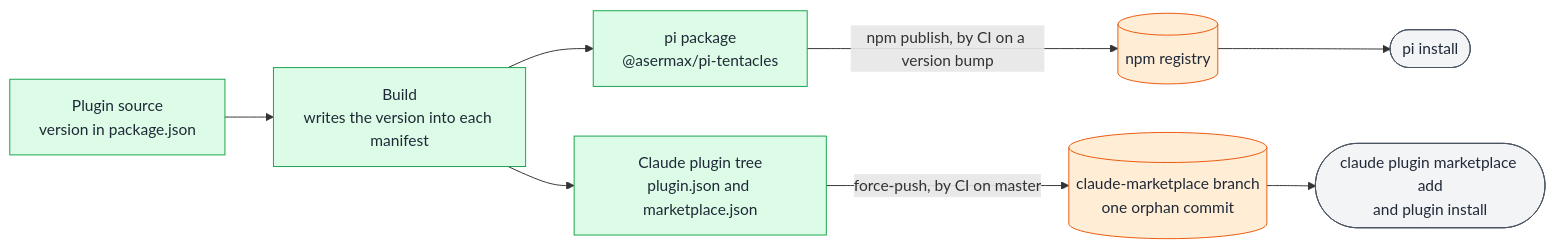
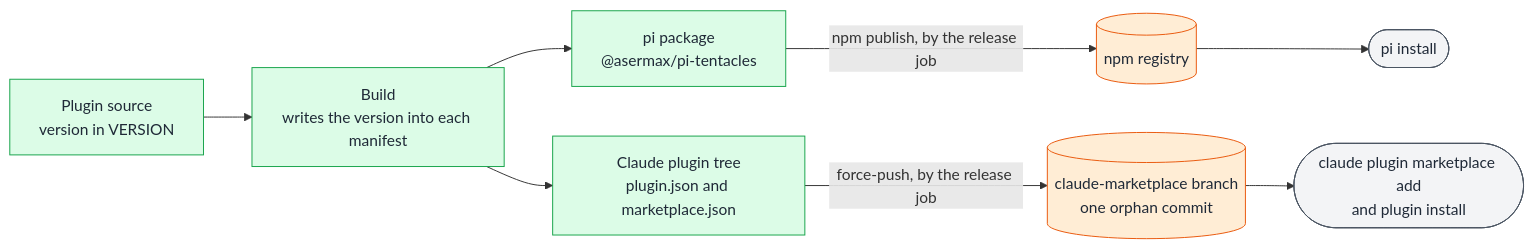
Before and after one commit to asermax/tentacles: the third of 3 diagrams in docs/technical-design/plugin.md, drawn with Mermaid. The commit also changed other lines of this file and 1 other file, not shown here.

Commit message:
docs(plugin): describe the semantic-release process

````diff
--- a/docs/technical-design/plugin.md
+++ b/docs/technical-design/plugin.md
@@ -148,25 +148,25 @@
 ```mermaid
 flowchart LR
-    Source@{ shape: rect, label: "Plugin source<br/>version in package.json" }
+    Source@{ shape: rect, label: "Plugin source<br/>version in VERSION" }
     Build@{ shape: rect, label: "Build<br/>writes the version into each manifest" }
     Pi@{ shape: rect, label: "pi package<br/>@asermax/pi-tentacles" }
     Claude@{ shape: rect, label: "Claude plugin tree<br/>plugin.json and marketplace.json" }
     Npm@{ shape: cyl, label: "npm registry" }
     Branch@{ shape: cyl, label: "claude-marketplace branch<br/>one orphan commit" }
     PiUser@{ shape: stadium, label: "pi install" }
     ClaudeUser@{ shape: stadium, label: "claude plugin marketplace add<br/>and plugin install" }
     Source --> Build
     Build --> Pi
     Build --> Claude
-    Pi -->|"npm publish, by CI on a version bump"| Npm
-    Claude -->|"force-push, by CI on master"| Branch
+    Pi -->|"npm publish, by the release job"| Npm
+    Claude -->|"force-push, by the release job"| Branch
     Npm --> PiUser
     Branch --> ClaudeUser
 
     classDef grey fill:#f3f4f6,stroke:#4b5563,color:#1f2937
     classDef green fill:#dcfce7,stroke:#16a34a,color:#1f2937
     classDef orange fill:#ffedd5,stroke:#ea580c,color:#1f2937
     class PiUser,ClaudeUser grey
     class Source,Build,Pi,Claude green
     class Npm,Branch orange
 ```
````
